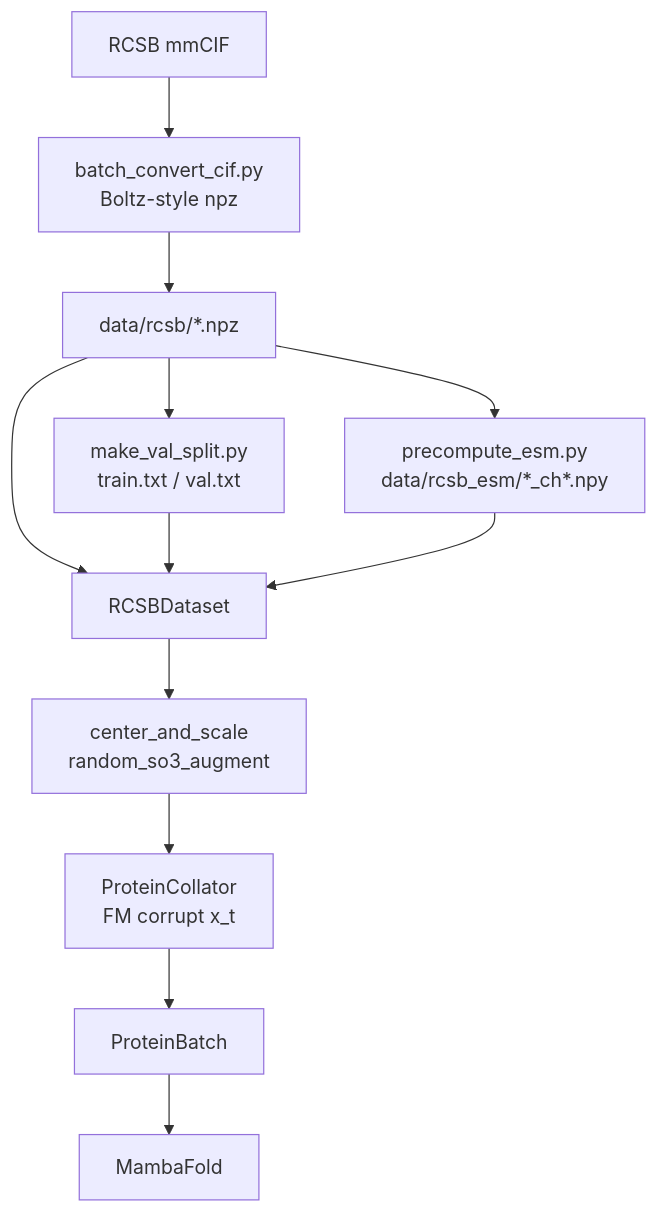
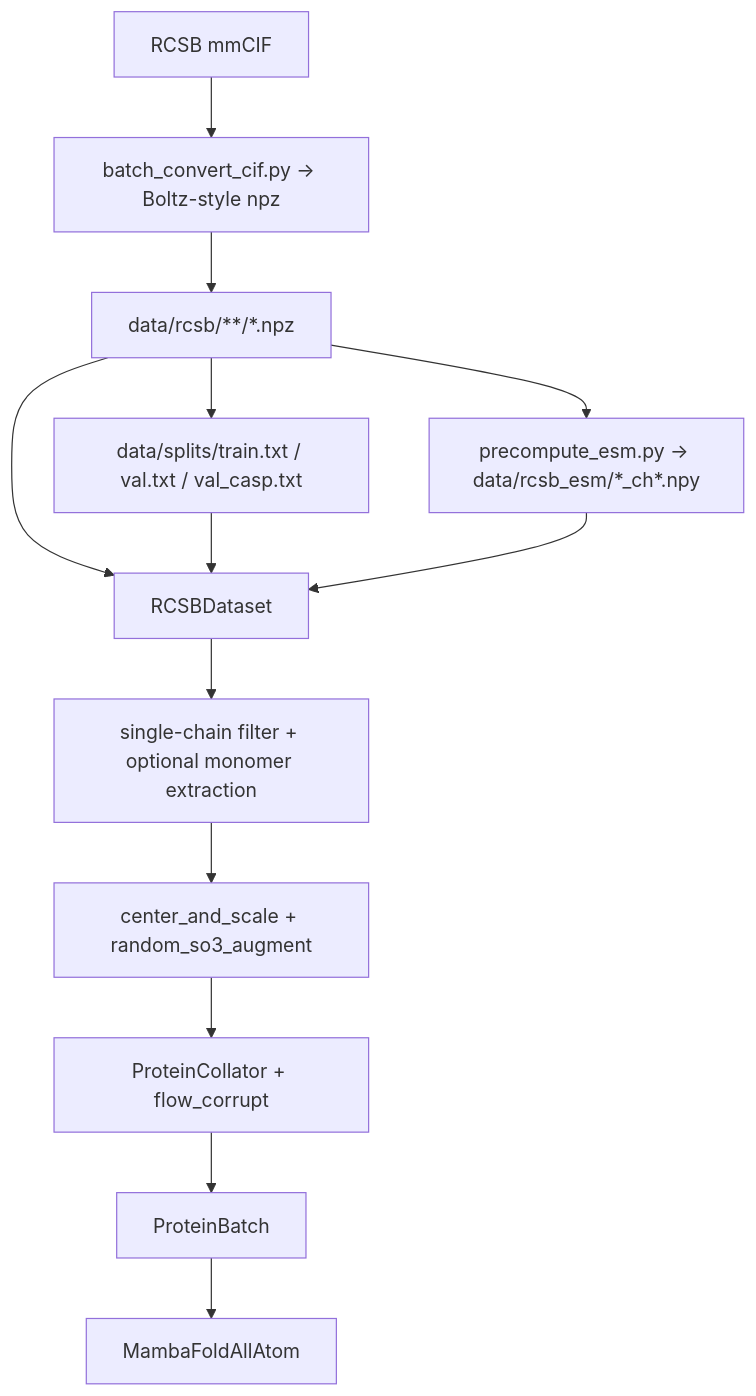
Before and after one commit to eightmm/mambafold: the diagram in docs/data_pipeline.md, drawn with Mermaid. The commit also changed other lines of this file and 54 other files, not shown here.

First line of the commit message:
feat: direct all-atom flow-matching fold model

````diff
--- a/docs/data_pipeline.md
+++ b/docs/data_pipeline.md
@@ -7,12 +8,13 @@
 ```mermaid
 flowchart TB
-    R[RCSB mmCIF] --> C[batch_convert_cif.py<br/>Boltz-style npz]
-    C --> N[data/rcsb/*.npz]
-    N --> S[make_val_split.py<br/>train.txt / val.txt]
-    N --> E[precompute_esm.py<br/>data/rcsb_esm/*_ch*.npy]
-    N & S & E --> D[RCSBDataset]
-    D --> T[center_and_scale<br/>random_so3_augment]
-    T --> P[ProteinCollator<br/>FM corrupt x_t]
-    P --> B[ProteinBatch]
-    B --> M[MambaFold]
+    R["RCSB mmCIF"] --> C["batch_convert_cif.py -> Boltz-style npz"]
+    C --> N["data/rcsb/**/*.npz"]
+    N --> S["data/splits/train.txt / val.txt / val_casp.txt"]
+    N --> E["precompute_esm.py -> data/rcsb_esm/*_ch*.npy"]
+    N & S & E --> D["RCSBDataset"]
+    D --> X["single-chain filter + optional monomer extraction"]
+    X --> T["center_and_scale + random_so3_augment"]
+    T --> P["ProteinCollator + flow_corrupt"]
+    P --> B["ProteinBatch"]
+    B --> M["MambaFoldAllAtom"]
 ```
````
